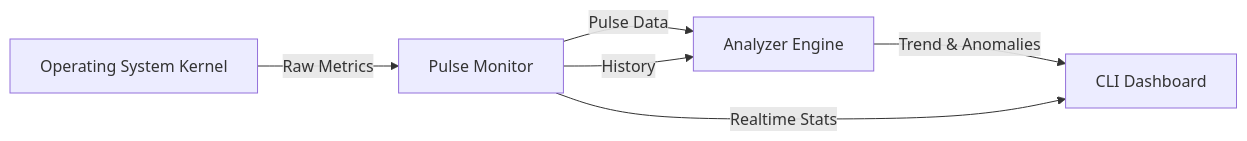
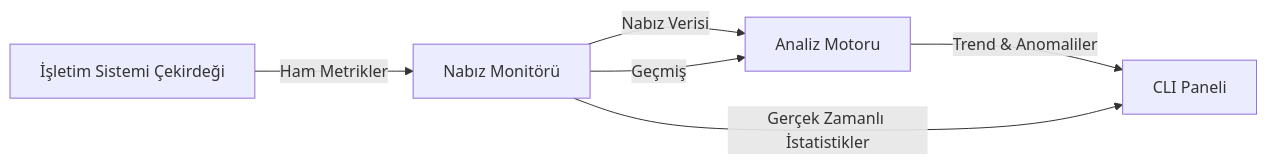
The diagram in docs/ARCHITECTURE.md (bahattinyunus/The-Memory-Pulse), drawn with Mermaid before and after one commit. The commit also changed other lines of this file and 3 other files, not shown here.

````diff
--- a/docs/ARCHITECTURE.md
+++ b/docs/ARCHITECTURE.md
@@ -25,8 +25,8 @@
 ```mermaid
 graph LR
-    OS[Operating System Kernel] -->|Raw Metrics| Monitor[Pulse Monitor]
-    Monitor -->|Pulse Data| Analyzer[Analyzer Engine]
-    Monitor -->|History| Analyzer
-    Analyzer -->|Trend & Anomalies| UI[CLI Dashboard]
-    Monitor -->|Realtime Stats| UI
+    OS[İşletim Sistemi Çekirdeği] -->|Ham Metrikler| Monitor[Nabız Monitörü]
+    Monitor -->|Nabız Verisi| Analyzer[Analiz Motoru]
+    Monitor -->|Geçmiş| Analyzer
+    Analyzer -->|Trend & Anomaliler| UI[CLI Paneli]
+    Monitor -->|Gerçek Zamanlı İstatistikler| UI
 ```
````
